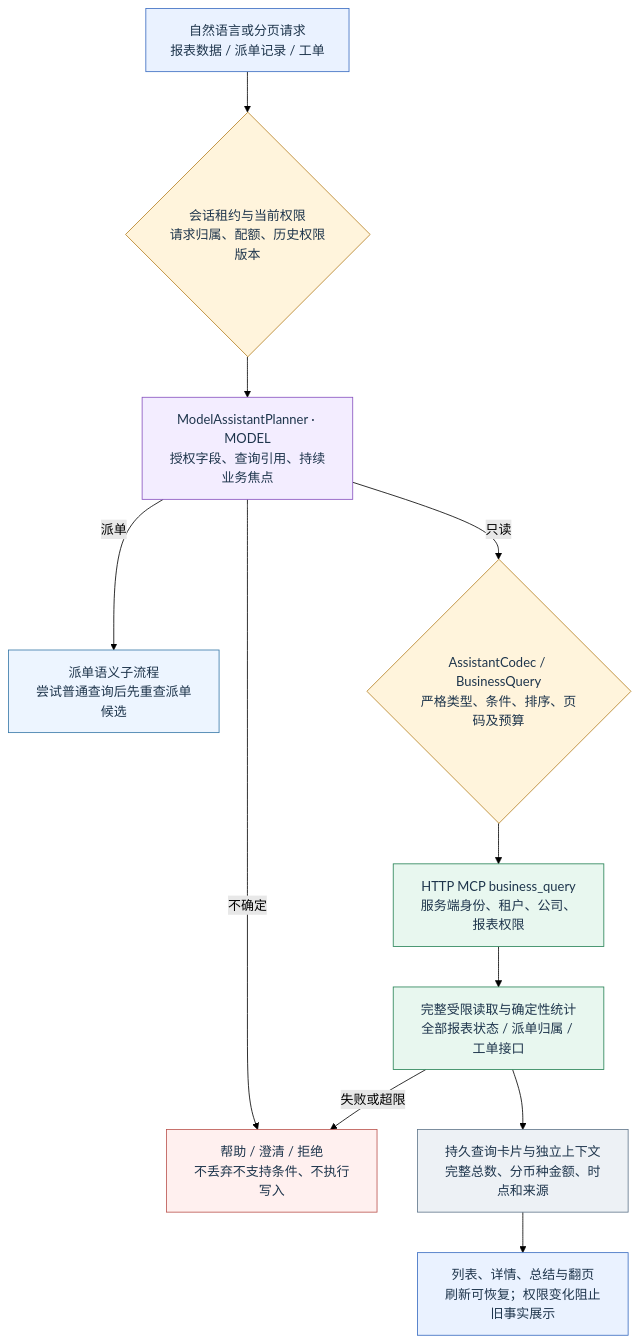
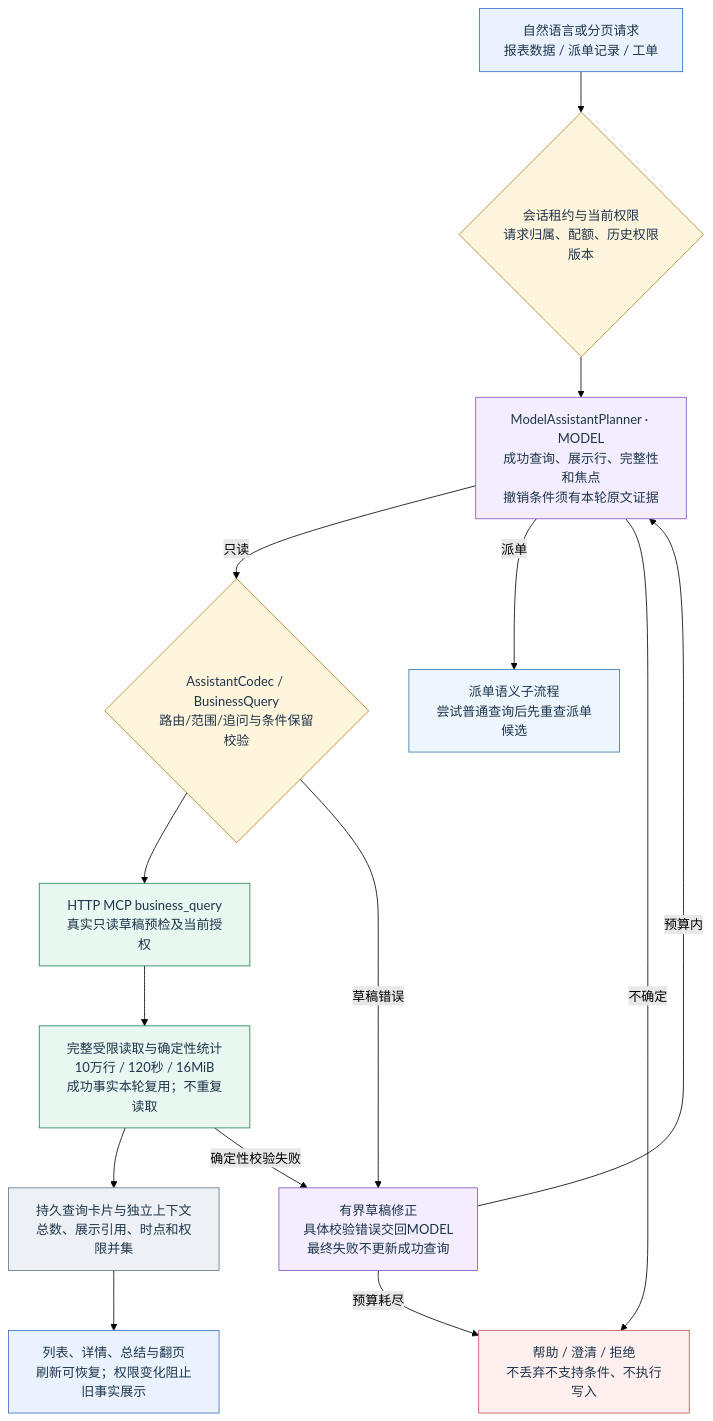
Before and after one commit to QSZJAVA/agent_demo: the diagram in docs/diagrams/demo-final/09.mmd, drawn with Mermaid (forest theme). The commit also changed 62 other files, not shown here.

```diff
--- a/docs/diagrams/demo-final/09.mmd
+++ b/docs/diagrams/demo-final/09.mmd
@@ -1,28 +1,32 @@
 flowchart TD
   input["自然语言或分页请求<br/>报表数据 / 派单记录 / 工单"]:::ui
   lease{"会话租约与当前权限<br/>请求归属、配额、历史权限版本"}:::guard
-  model["ModelAssistantPlanner · MODEL<br/>授权字段、查询引用、持续业务焦点"]:::model
+  model["ModelAssistantPlanner · MODEL<br/>成功查询、展示行、完整性和焦点<br/>撤销条件须有本轮原文证据"]:::model
   dispatch["派单语义子流程<br/>尝试普通查询后先重查派单候选"]:::agent
-  query{"AssistantCodec / BusinessQuery<br/>严格类型、条件、排序、页码及预算"}:::guard
+  query{"AssistantCodec / BusinessQuery<br/>路由/范围/追问与条件保留校验"}:::guard
   clarify["帮助 / 澄清 / 拒绝<br/>不丢弃不支持条件、不执行写入"]:::error
-  mcp["HTTP MCP business_query<br/>服务端身份、租户、公司、报表权限"]:::business
-  facts["完整受限读取与确定性统计<br/>全部报表状态 / 派单归属 / 工单接口"]:::business
-  card["持久查询卡片与独立上下文<br/>完整总数、分币种金额、时点和来源"]:::store
+  mcp["HTTP MCP business_query<br/>真实只读草稿预检及当前授权"]:::business
+  facts["完整受限读取与确定性统计<br/>10万行 / 120秒 / 16MiB<br/>成功事实本轮复用；不重复读取"]:::business
+  card["持久查询卡片与独立上下文<br/>总数、展示引用、时点和权限并集"]:::store
   ui["列表、详情、总结与翻页<br/>刷新可恢复；权限变化阻止旧事实展示"]:::ui
+  repair["有界草稿修正<br/>具体校验错误交回MODEL<br/>最终失败不更新成功查询"]:::model
   input --> lease
   lease --> model
   model -->|"只读"| query
   model -->|"派单"| dispatch
   model -->|"不确定"| clarify
   query --> mcp
   mcp --> facts
   facts --> card
   card --> ui
-  facts -->|"失败或超限"| clarify
+  query -->|"草稿错误"| repair
+  facts -->|"确定性校验失败"| repair
+  repair -->|"预算内"| model
+  repair -->|"预算耗尽"| clarify
   classDef ui fill:#eaf2ff,stroke:#386bc1,color:#1e354c
   classDef agent fill:#edf5ff,stroke:#3778a8,color:#1e354c
   classDef model fill:#f3edff,stroke:#8751bf,color:#1e354c
   classDef business fill:#e8f7ef,stroke:#268255,color:#1e354c
   classDef guard fill:#fff4dc,stroke:#b58022,color:#1e354c
   classDef error fill:#fff0ef,stroke:#ba534e,color:#1e354c
   classDef store fill:#edf1f5,stroke:#60768b,color:#1e354c
```
